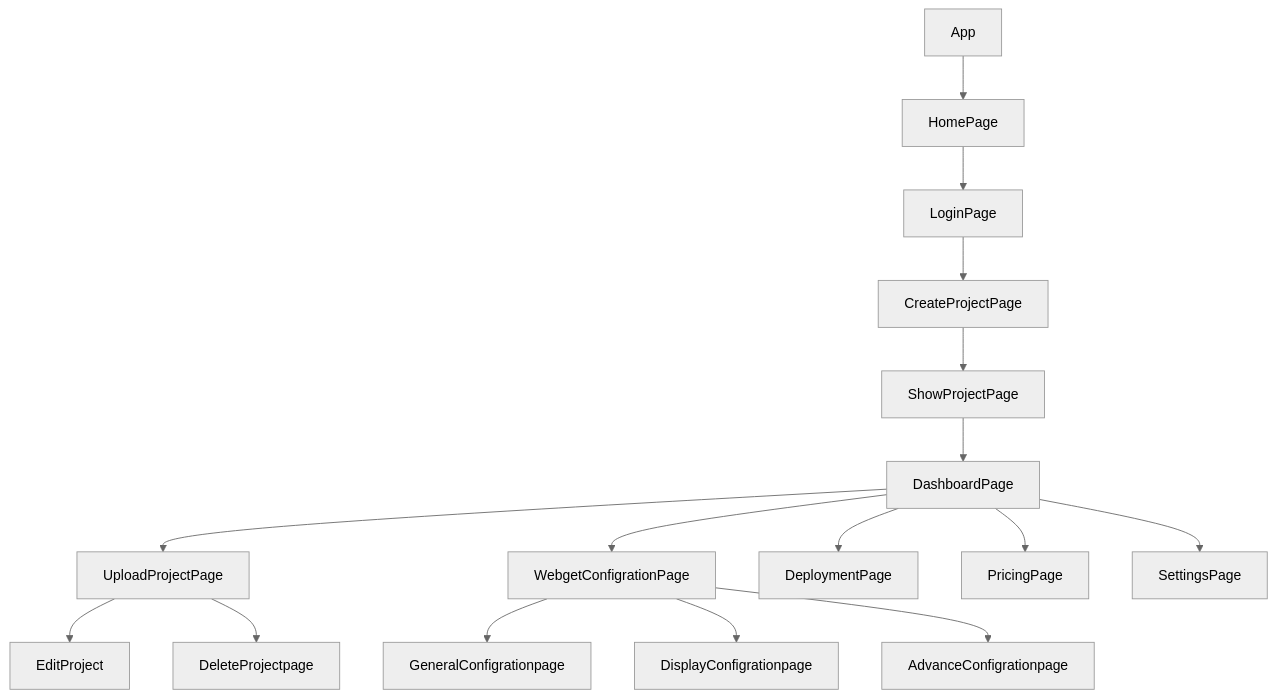
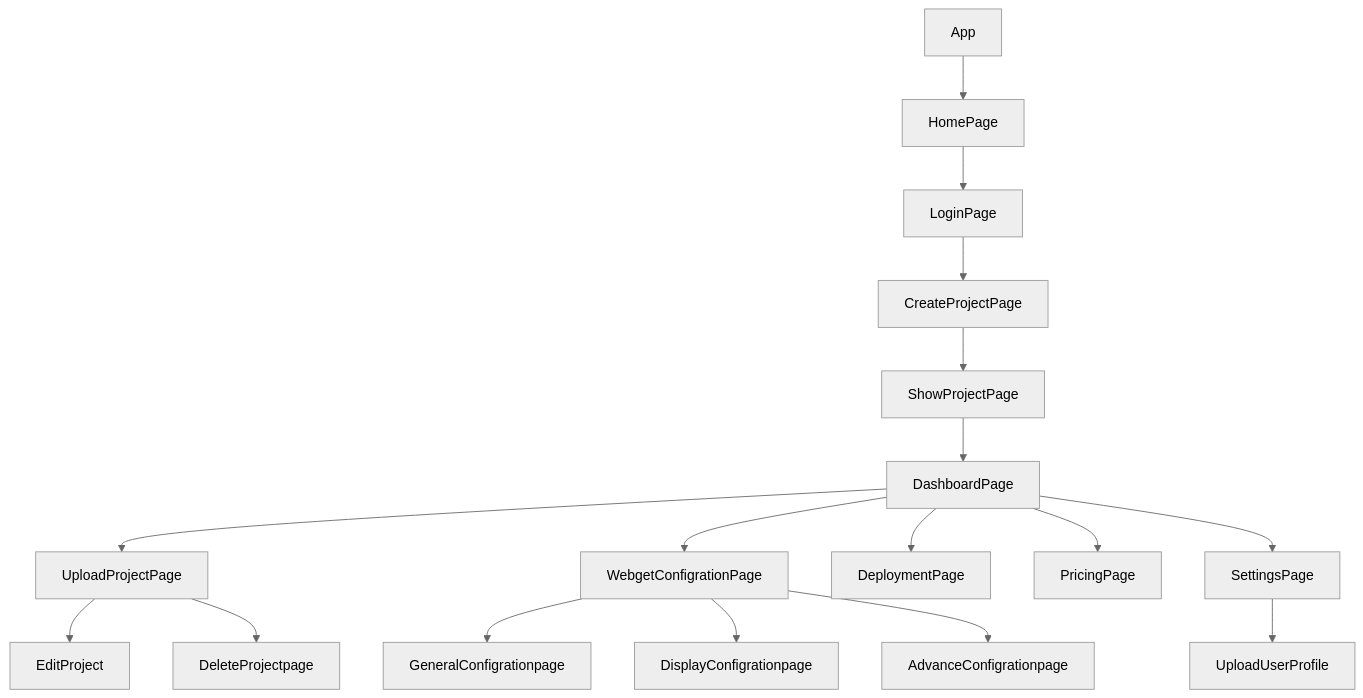
The diagram in README.md (shikhu51197/zuraventureAssign), drawn with Mermaid (neutral theme) before and after one commit.

````diff
--- a/README.md
+++ b/README.md
@@ -114,19 +114,20 @@
 ```mermaid
 graph TD;
  App-->HomePage
 HomePage-->LoginPage
 LoginPage--> CreateProjectPage
 CreateProjectPage--> ShowProjectPage
 ShowProjectPage-->DashboardPage
 DashboardPage-->UploadProjectPage
 DashboardPage--> WebgetConfigrationPage
 DashboardPage-->DeploymentPage
 DashboardPage--> PricingPage
 DashboardPage-->SettingsPage
+SettingsPage-->UploadUserProfile
 UploadProjectPage--> EditProject
 UploadProjectPage--> DeleteProjectpage
 WebgetConfigrationPage--> GeneralConfigrationpage
 WebgetConfigrationPage--> DisplayConfigrationpage
 WebgetConfigrationPage--> AdvanceConfigrationpage
 
 ```
````
